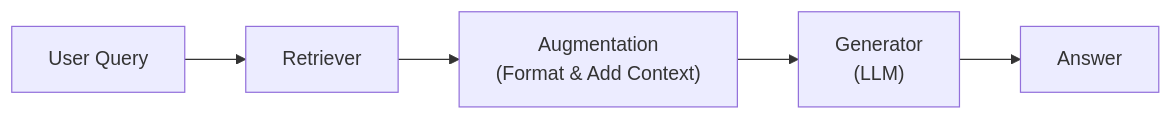
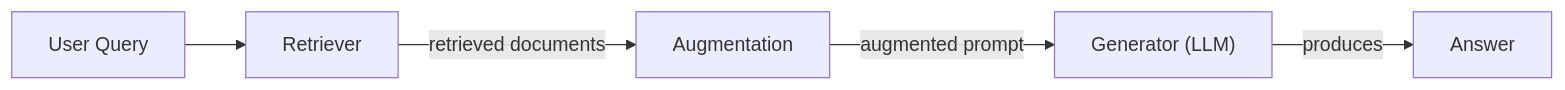
One commit to YMaXing/Research-Agent-reinforced-by-RL changed the first of 4 diagrams in RL_researcher_writer_ymaxing/rl_training_data/noise_experiment/09_RAG__var_standard__replicate2__preset1/article_000.md. Above: the diagram before and after it, drawn with Mermaid. The commit also changed other lines of this file and 4528 other files, not shown here.

````diff
--- a/RL_researcher_writer_ymaxing/rl_training_data/noise_experiment/09_RAG__var_standard__replicate2__preset1/article_000.md
+++ b/RL_researcher_writer_ymaxing/rl_training_data/noise_experiment/09_RAG__var_standard__replicate2__preset1/article_000.md
@@ -21,7 +25,7 @@
 ```mermaid
 flowchart LR
   UserQuery["User Query"] --> Retriever["Retriever"]
-  Retriever --> Augmentation["Augmentation<br/>(Format & Add Context)"]
-  Augmentation --> Generator["Generator<br/>(LLM)"]
-  Generator --> Answer["Answer"]
+  Retriever -- "retrieved documents" --> Augmentation["Augmentation"]
+  Augmentation -- "augmented prompt" --> Generator["Generator (LLM)"]
+  Generator -- "produces" --> Answer["Answer"]
 ```
````
